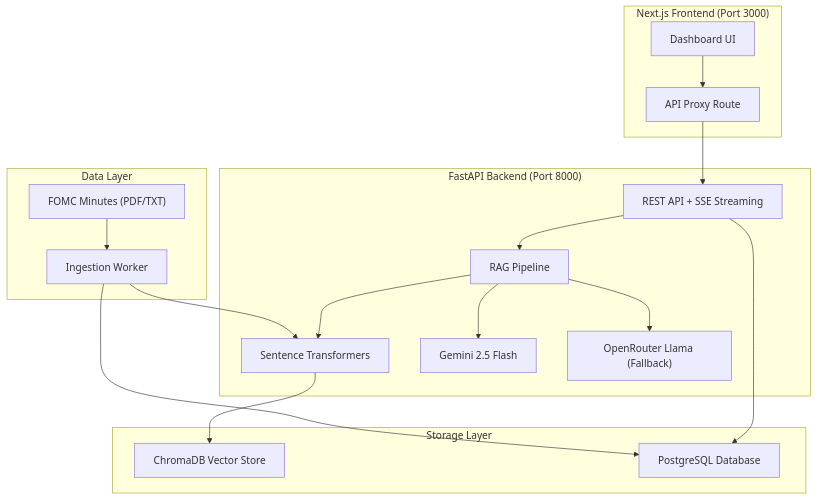
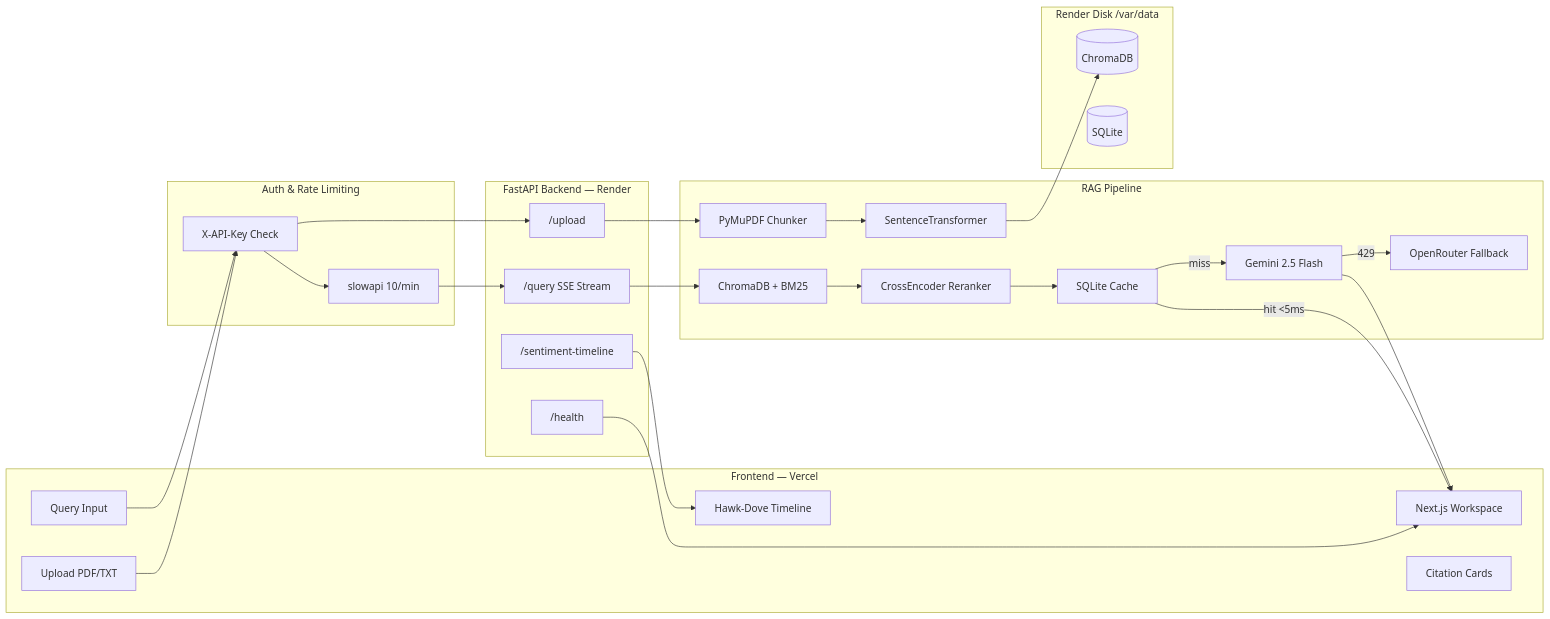
The diagram in README.md (Karanchhunchha/fomc-ai-analyzer), drawn with Mermaid before and after one commit. The commit also changed other lines of this file, not shown here.

First line of the commit message:
docs: next-level README with accurate feature docs

````diff
--- a/README.md
+++ b/README.md
@@ -23,37 +43,46 @@
 ```mermaid
-graph TB
-    subgraph Frontend["Next.js Frontend (Port 3000)"]
-        UI["Dashboard UI"]
-        Proxy["API Proxy Route"]
-    end
+flowchart LR
+  subgraph "Frontend — Vercel"
+    UI["Next.js Workspace"]
+    UP["Upload PDF/TXT"]
+    QI["Query Input"]
+    CR["Citation Cards"]
+    ST["Hawk-Dove Timeline"]
+  end
 
-    subgraph Backend["FastAPI Backend (Port 8000)"]
-        API["REST API + SSE Streaming"]
-        RAG["RAG Pipeline"]
-        Embed["Sentence Transformers"]
-        Gemini["Gemini 2.5 Flash"]
-        OR["OpenRouter Llama (Fallback)"]
-    end
+  subgraph "Auth & Rate Limiting"
+    AK["X-API-Key Check"]
+    RL["slowapi 10/min"]
+  end
 
-    subgraph Storage["Storage Layer"]
-        Chroma["ChromaDB Vector Store"]
-        PG["PostgreSQL Database"]
-    end
+  subgraph "FastAPI Backend — Render"
+    EP1["/upload"]
+    EP2["/query SSE Stream"]
+    EP3["/sentiment-timeline"]
+    EP4["/health"]
+  end
 
-    subgraph Data["Data Layer"]
-        FOMC["FOMC Minutes (PDF/TXT)"]
-        Ingest["Ingestion Worker"]
-    end
+  subgraph "RAG Pipeline"
+    CHK["PyMuPDF Chunker"]
+    EMB["SentenceTransformer"]
+    VEC["ChromaDB + BM25"]
+    RR["CrossEncoder Reranker"]
+    CAC["SQLite Cache"]
+    GEM["Gemini 2.5 Flash"]
+    OR["OpenRouter Fallback"]
+  end
 
-    UI --> Proxy
-    Proxy --> API
-    API --> RAG
-    RAG --> Embed
-    RAG --> Gemini
-    RAG --> OR
-    Embed --> Chroma
-    API --> PG
-    FOMC --> Ingest
-    Ingest --> Embed
-    Ingest --> PG
+  subgraph "Render Disk /var/data"
+    CD[("ChromaDB")]
+    SQ[("SQLite")]
+  end
+
+  UP --> AK --> EP1 --> CHK --> EMB --> CD
+  QI --> AK --> RL --> EP2 --> VEC --> RR --> CAC
+  CAC -- "hit <5ms" --> UI
+  CAC -- "miss" --> GEM
+  GEM -- "429" --> OR
+  GEM --> UI
+  EP3 --> ST
+  EP4 --> UI
 ```
````
